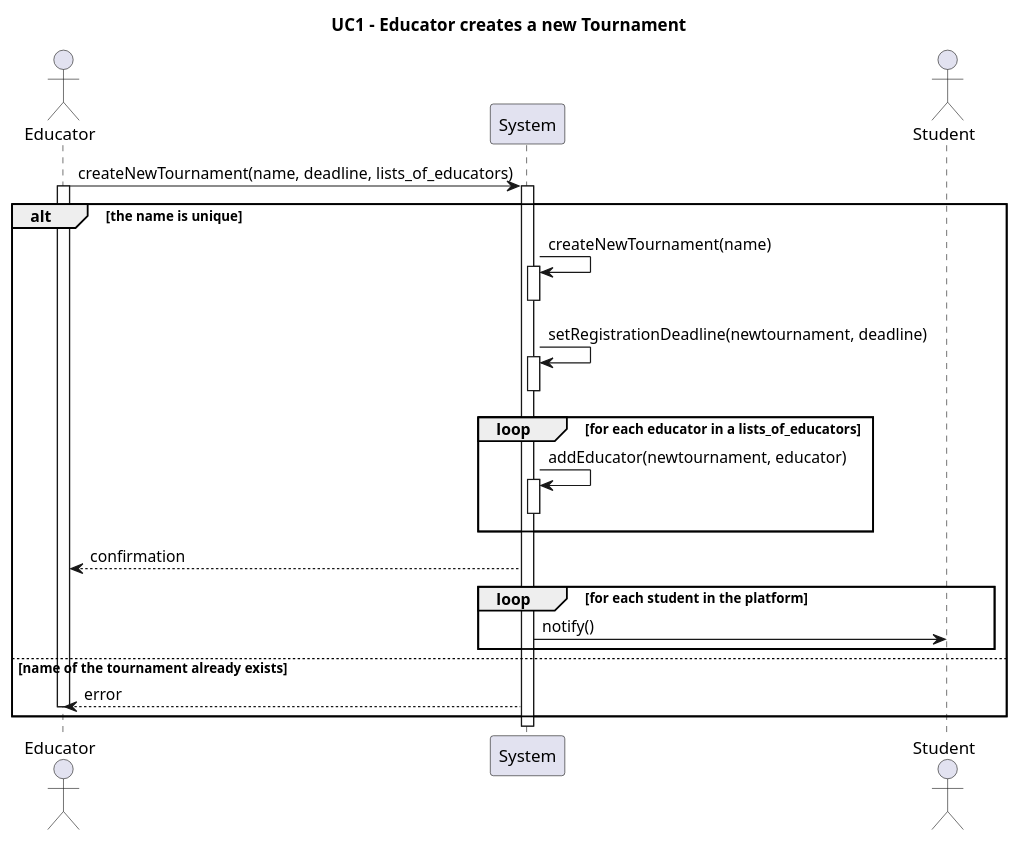
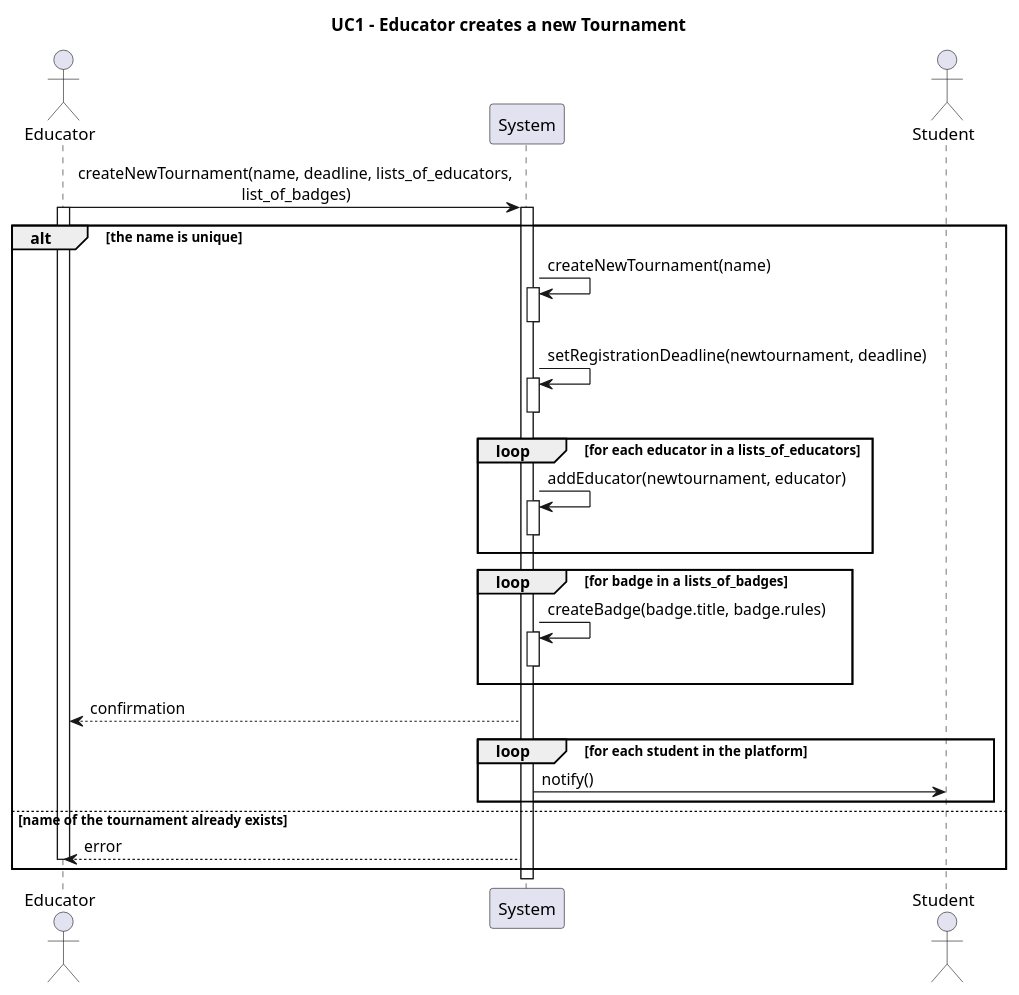
One commit to Furrrlo/CodeKataBattle changed the diagram in rasd/puml/UC1.puml. Above: the diagram before and after it, drawn with PlantUML. The commit also changed 2 other files, not shown here.

Commit message:
Add badge creation in UC1

```diff
--- a/rasd/puml/UC1.puml
+++ b/rasd/puml/UC1.puml
@@ -1,39 +1,44 @@
 @startuml UC1
 title UC1 - Educator creates a new Tournament    
 
 actor Educator
 
 participant System
 actor Student
 
 
-Educator -> System ++: createNewTournament(name, deadline, lists_of_educators)
+Educator -> System ++: createNewTournament(name, deadline, lists_of_educators,\n\t\t\t\t\tlist_of_badges)
 alt the name is unique
 
 activate Educator
 
 System -> System ++: createNewTournament(name)
 deactivate System
 
 System -> System ++: setRegistrationDeadline(newtournament, deadline)
 deactivate System
 
 loop for each educator in a lists_of_educators
     System -> System ++: addEducator(newtournament, educator)
+    deactivate System
+end
+
+loop for badge in a lists_of_badges
+    System -> System ++: createBadge(badge.title, badge.rules)
     deactivate System
 end
 
 System --> Educator : confirmation
 
 
 loop for each student in the platform
     System -> Student : notify()
 
 end
 else name of the tournament already exists
     System --> Educator : error
     deactivate Educator
 end
 
 
 @enduml
```
